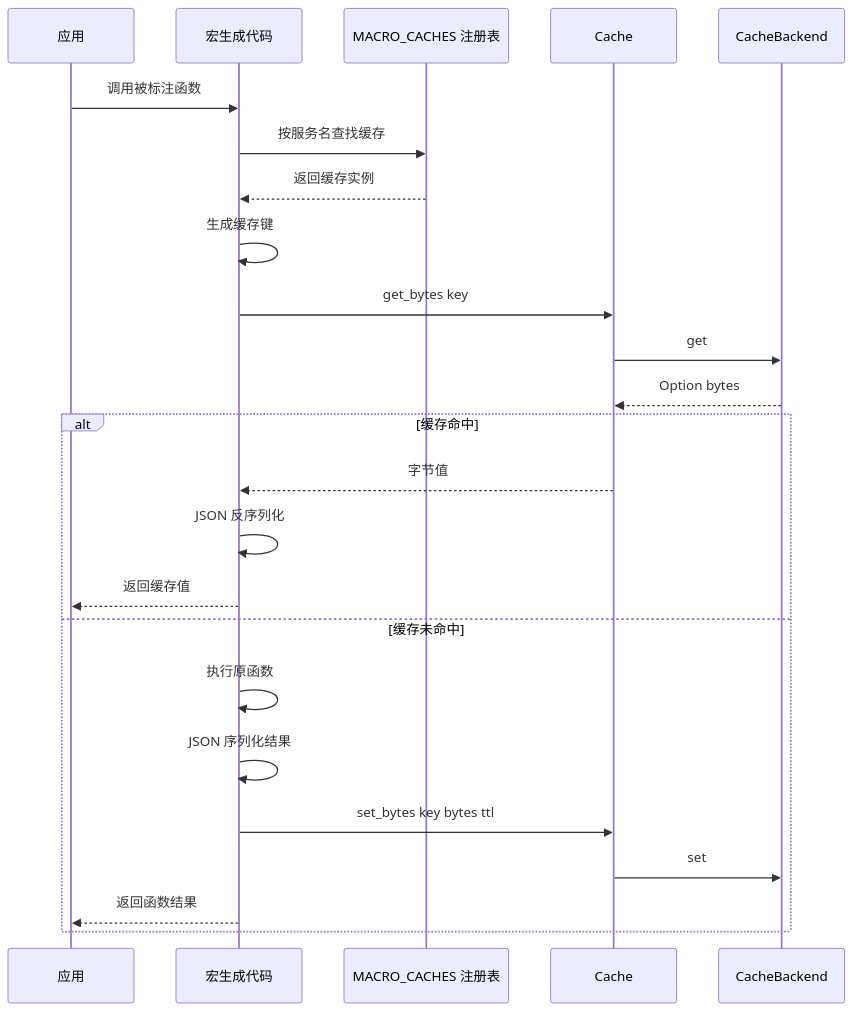
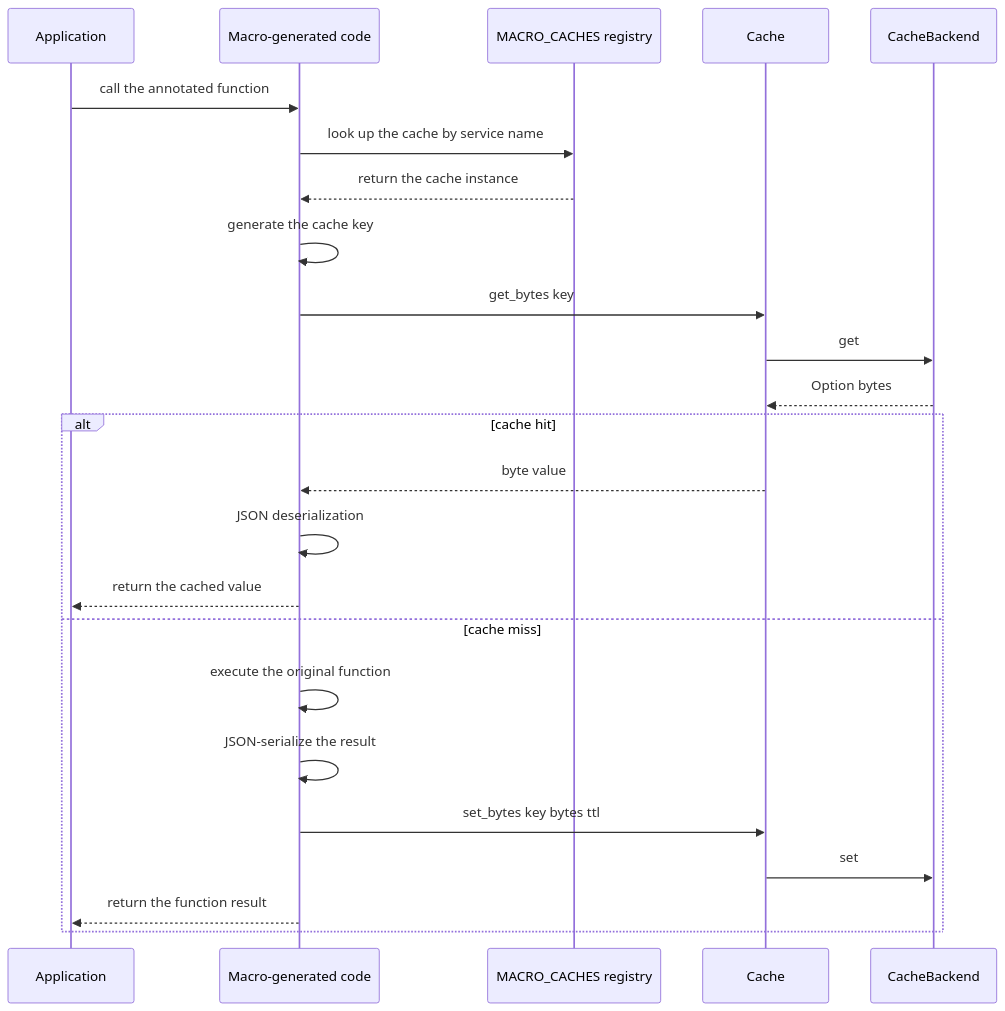
The second of 6 diagrams in docs/en/ARCHITECTURE.md (Kirky-X/oxcache), drawn with Mermaid before and after one commit. The commit also changed other lines of this file and 15 other files, not shown here.

````diff
--- a/docs/en/ARCHITECTURE.md
+++ b/docs/en/ARCHITECTURE.md
@@ -503,27 +503,27 @@
 ```mermaid
 sequenceDiagram
-    participant App as 应用
-    participant Gen as 宏生成代码
-    participant Reg as MACRO_CACHES 注册表
+    participant App as Application
+    participant Gen as Macro-generated code
+    participant Reg as MACRO_CACHES registry
     participant Cache as Cache
     participant BE as CacheBackend
 
-    App->>Gen: 调用被标注函数
-    Gen->>Reg: 按服务名查找缓存
-    Reg-->>Gen: 返回缓存实例
-    Gen->>Gen: 生成缓存键
+    App->>Gen: call the annotated function
+    Gen->>Reg: look up the cache by service name
+    Reg-->>Gen: return the cache instance
+    Gen->>Gen: generate the cache key
     Gen->>Cache: get_bytes key
     Cache->>BE: get
     BE-->>Cache: Option bytes
-    alt 缓存命中
-        Cache-->>Gen: 字节值
-        Gen->>Gen: JSON 反序列化
-        Gen-->>App: 返回缓存值
-    else 缓存未命中
-        Gen->>Gen: 执行原函数
-        Gen->>Gen: JSON 序列化结果
+    alt cache hit
+        Cache-->>Gen: byte value
+        Gen->>Gen: JSON deserialization
+        Gen-->>App: return the cached value
+    else cache miss
+        Gen->>Gen: execute the original function
+        Gen->>Gen: JSON-serialize the result
         Gen->>Cache: set_bytes key bytes ttl
         Cache->>BE: set
-        Gen-->>App: 返回函数结果
+        Gen-->>App: return the function result
     end
 ```
````
